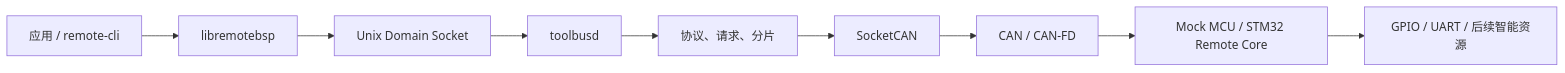
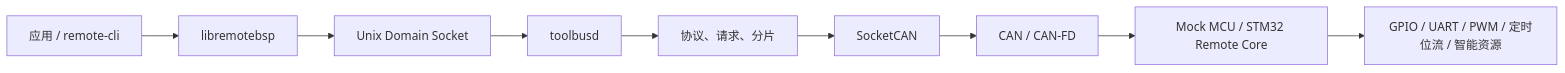
Before and after one commit to sendu2wfdx/RemoteBSP: the diagram in docs/README.md, drawn with Mermaid. The commit also changed other lines of this file and 112 other files, not shown here.

Commit message:
完善运动内核、波形资源与图形配置器

````diff
--- a/docs/README.md
+++ b/docs/README.md
@@ -37,11 +37,11 @@
 ```mermaid
 flowchart LR
     A["应用 / remote-cli"] --> B["libremotebsp"]
     B --> C["Unix Domain Socket"]
     C --> D["toolbusd"]
     D --> E["协议、请求、分片"]
     E --> F["SocketCAN"]
     F --> G["CAN / CAN-FD"]
     G --> H["Mock MCU / STM32 Remote Core"]
-    H --> I["GPIO / UART / 后续智能资源"]
+    H --> I["GPIO / UART / PWM / 定时位流 / 智能资源"]
 ```
````
